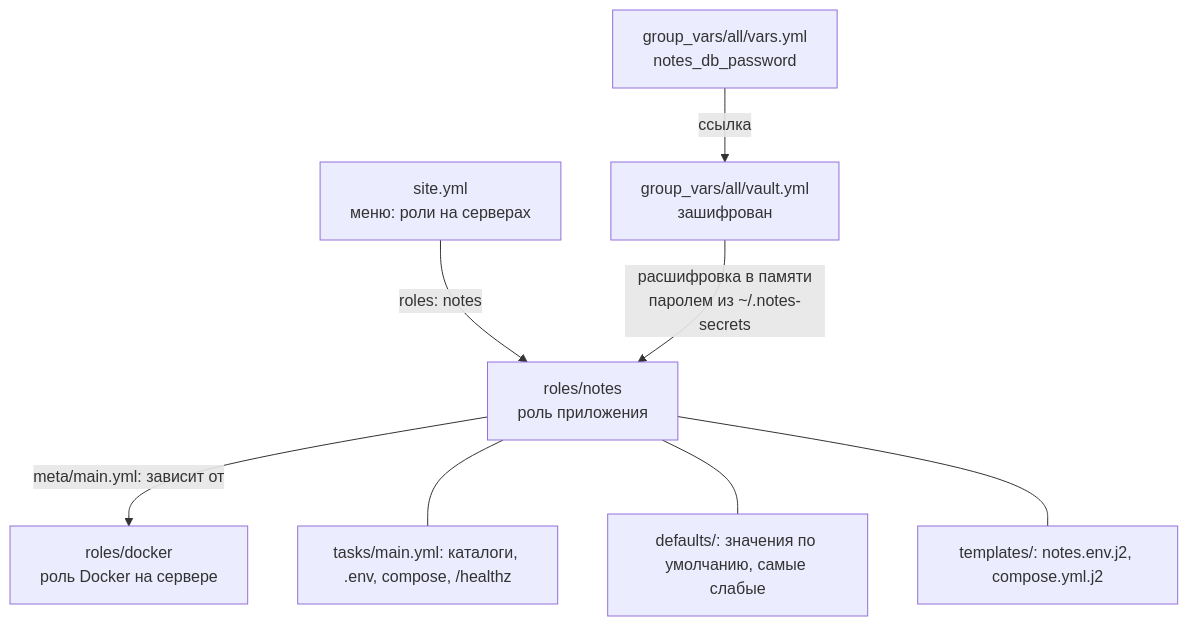
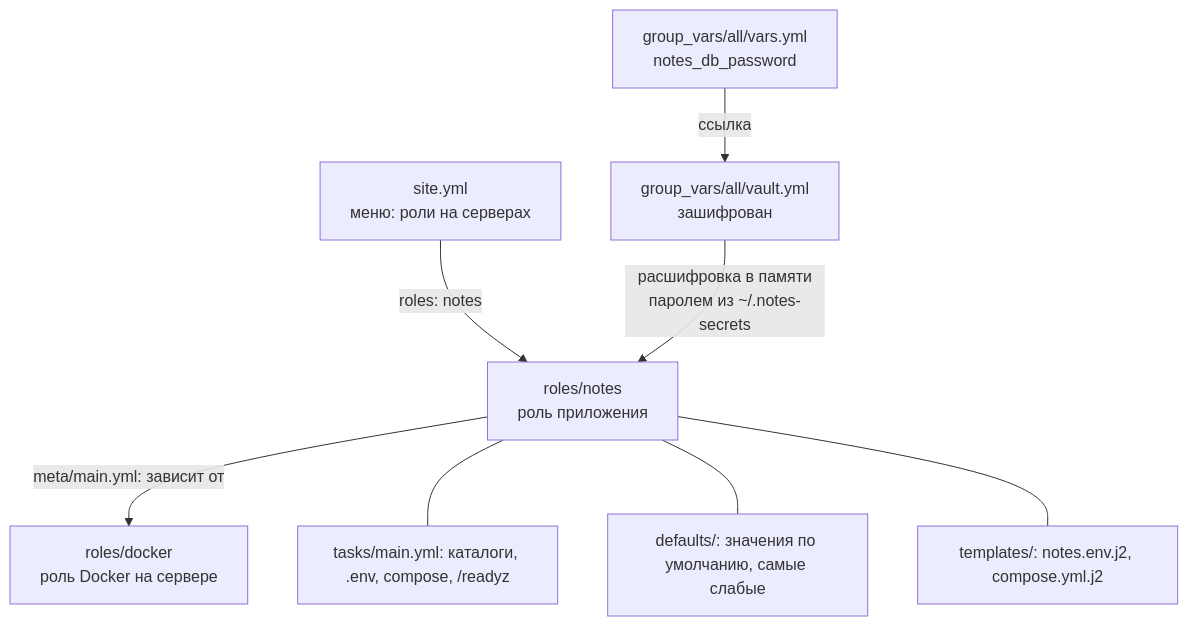
The first of 4 diagrams in devops/07-iac/06-ansible-roles.md (distinguished-sre/learning), drawn with Mermaid before and after one commit. The commit also changed other lines of this file and 462 other files, not shown here.

````diff
--- a/devops/07-iac/06-ansible-roles.md
+++ b/devops/07-iac/06-ansible-roles.md
@@ -42,10 +42,10 @@
 ```mermaid
 flowchart TD
     S["site.yml<br>меню: роли на серверах"] -->|"roles: notes"| N["roles/notes<br>роль приложения"]
     N -->|"meta/main.yml: зависит от"| D["roles/docker<br>роль Docker на сервере"]
-    N --- T["tasks/main.yml: каталоги, .env, compose, /healthz"]
+    N --- T["tasks/main.yml: каталоги, .env, compose, /readyz"]
     N --- DF["defaults/: значения по умолчанию, самые слабые"]
     N --- TP["templates/: notes.env.j2, compose.yml.j2"]
     G["group_vars/all/vars.yml<br>notes_db_password"] -->|"ссылка"| V["group_vars/all/vault.yml<br>зашифрован"]
     V -->|"расшифровка в памяти<br>паролем из ~/.notes-secrets"| N
 ```
````
